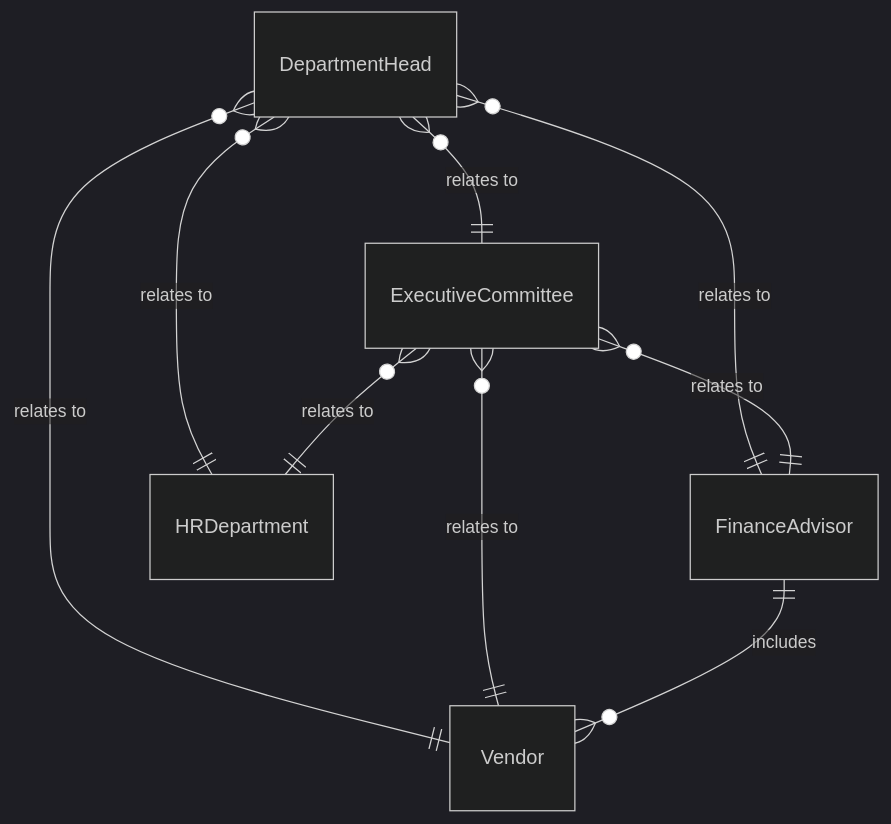
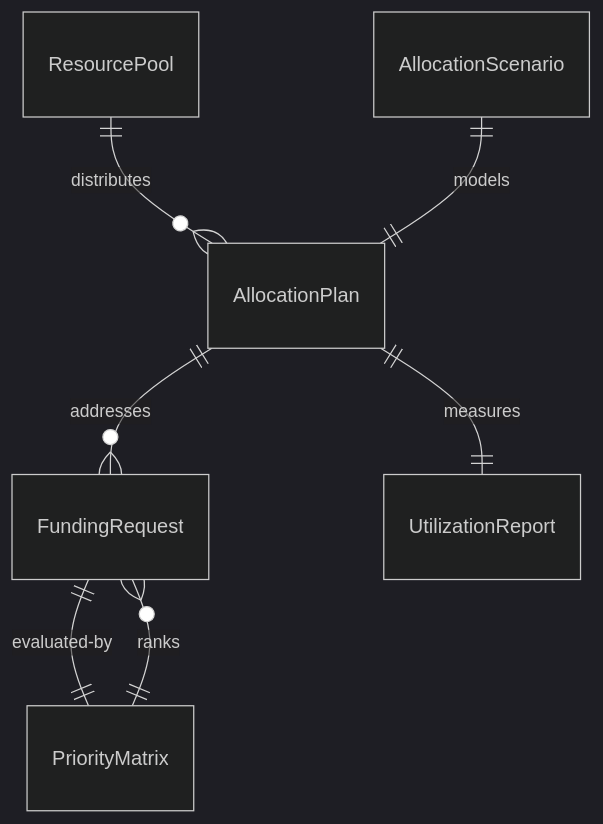
One commit to dot-org-ai/tasks.org.ai changed the first of 4 diagrams in GuidingDirectingAndMotivatingSubordinates/ManageBudgetsOrFinances/ManageBudgetsAppropriateResourceAllocation.mdx. Above: the diagram before and after it, drawn with Mermaid (dark theme). The commit also changed other lines of this file and 515 other files, not shown here.

````diff
--- a/GuidingDirectingAndMotivatingSubordinates/ManageBudgetsOrFinances/ManageBudgetsAppropriateResourceAllocation.mdx
+++ b/GuidingDirectingAndMotivatingSubordinates/ManageBudgetsOrFinances/ManageBudgetsAppropriateResourceAllocation.mdx
@@ -88,11 +88,9 @@
 ```mermaid
 erDiagram
-    DepartmentHead }o--|| ExecutiveCommittee : "relates to"
-    DepartmentHead }o--|| FinanceAdvisor : "relates to"
-    DepartmentHead }o--|| Vendor : "relates to"
-    DepartmentHead }o--|| HRDepartment : "relates to"
-    ExecutiveCommittee }o--|| FinanceAdvisor : "relates to"
-    ExecutiveCommittee }o--|| Vendor : "relates to"
-    ExecutiveCommittee }o--|| HRDepartment : "relates to"
-    FinanceAdvisor ||--o{ Vendor : includes
+    ResourcePool ||--o{ AllocationPlan : "distributes"
+    AllocationPlan ||--o{ FundingRequest : "addresses"
+    PriorityMatrix ||--o{ FundingRequest : "ranks"
+    AllocationScenario ||--|| AllocationPlan : "models"
+    AllocationPlan ||--|| UtilizationReport : "measures"
+    FundingRequest ||--|| PriorityMatrix : "evaluated-by"
 ```
````
